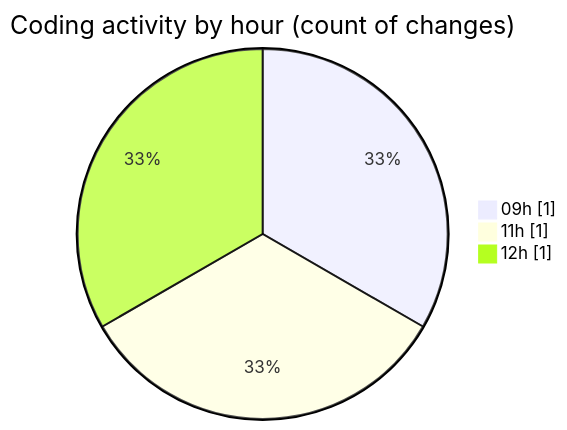
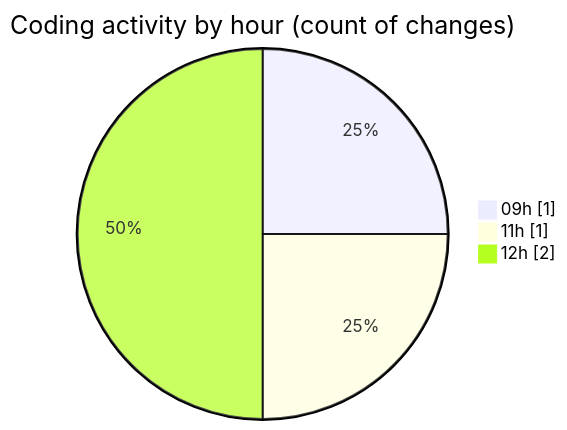
The second of 2 diagrams in 2026-10-06/cilapp/README.md (ricardozamudiocil/code-tracking), drawn with Mermaid before and after one commit. The commit also changed other lines of this file and 1 other file, not shown here.

````diff
--- a/2026-10-06/cilapp/README.md
+++ b/2026-10-06/cilapp/README.md
@@ -30,7 +31,7 @@
 ```mermaid
 pie showData
 title Coding activity by hour (count of changes)
 "09h" : 1
 "11h" : 1
-"12h" : 1
+"12h" : 2
 ```
````
